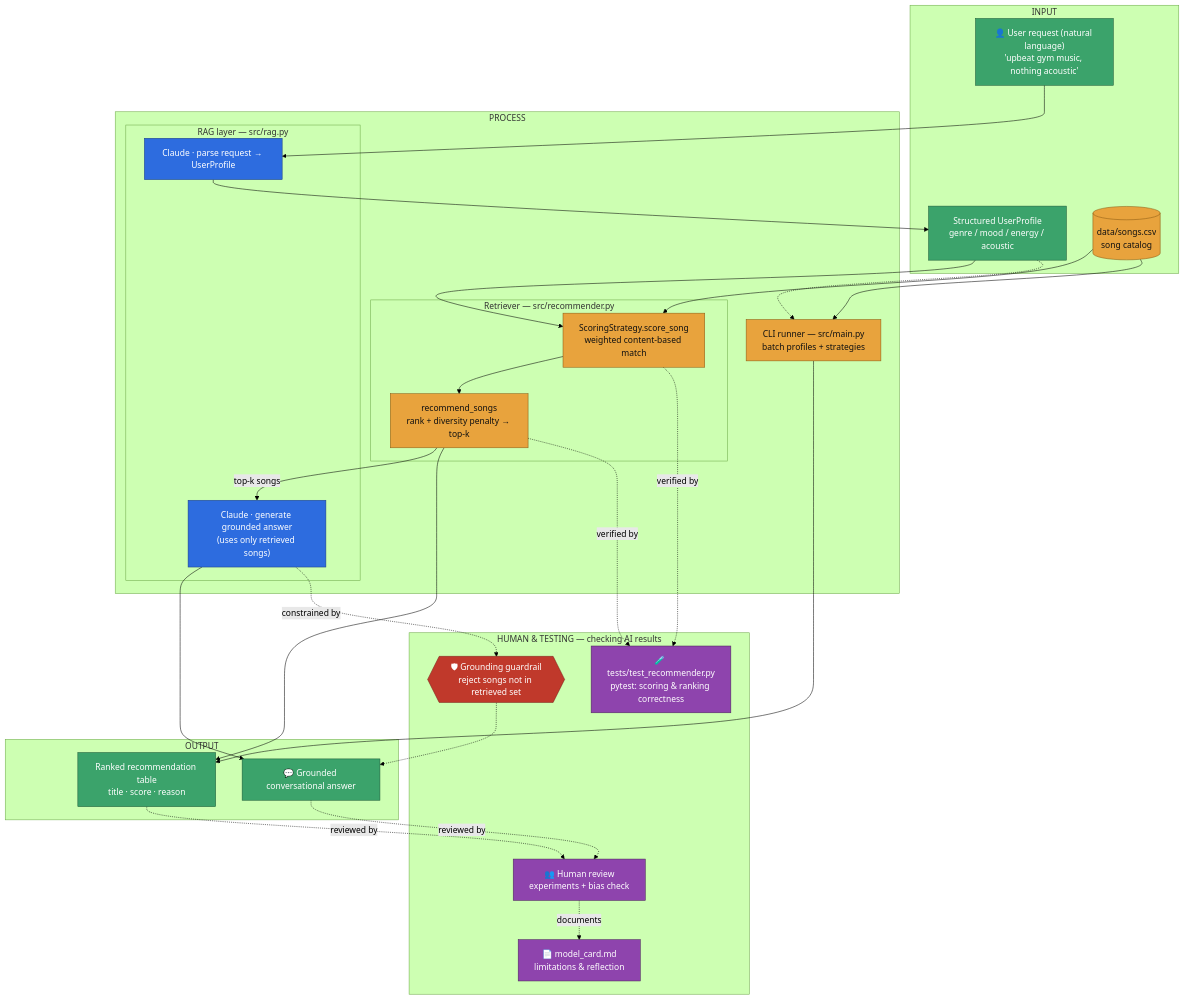
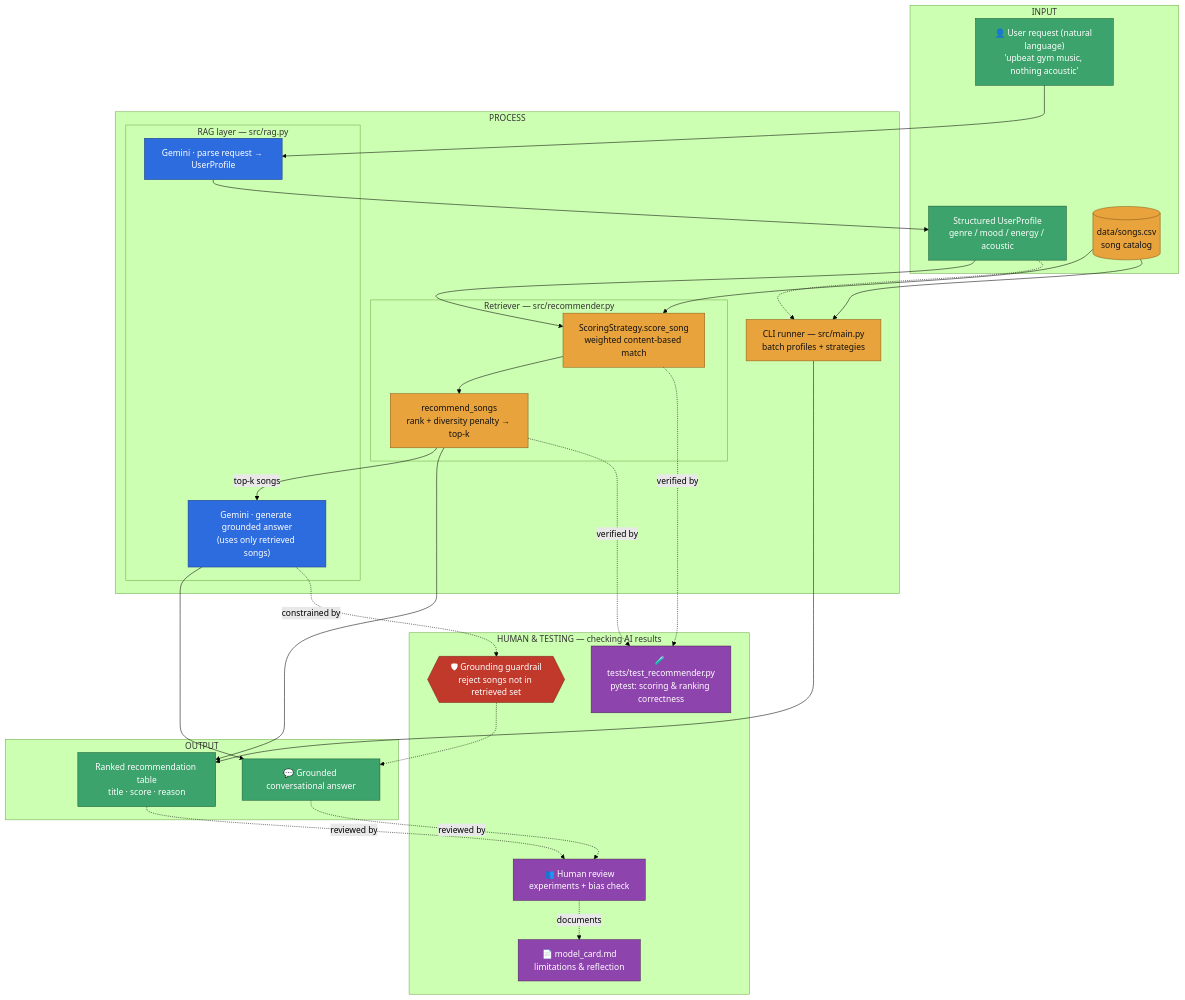
Before and after one commit to EthanRamdass/applied-ai-musicrec: the diagram in assets/mermaid.mmd, drawn with Mermaid (forest theme). The commit also changed 9 other files, not shown here.

First line of the commit message:
@ Switch RAG layer from Claude to Google Gemini

```diff
--- a/assets/mermaid.mmd
+++ b/assets/mermaid.mmd
@@ -1,75 +1,75 @@
 %% Music Recommender — System Architecture
 %% How the project is organized: components, data flow (input -> process -> output),
 %% and where humans / testing check the AI results.
 %% Render at https://mermaid.live or: mmdc -i system_architecture.mmd -o system_architecture.svg
 flowchart TD
 
     %% ---------------- INPUT ----------------
     subgraph Input["INPUT"]
         NLReq["👤 User request (natural language)<br/>'upbeat gym music, nothing acoustic'"]
         Profile["Structured UserProfile<br/>genre / mood / energy / acoustic"]
         CSV[("data/songs.csv<br/>song catalog")]
     end
 
     %% ---------------- PROCESS ----------------
     subgraph Process["PROCESS"]
         subgraph RAG["RAG layer — src/rag.py"]
-            Parse["Claude · parse request → UserProfile"]
-            Generate["Claude · generate grounded answer<br/>(uses only retrieved songs)"]
+            Parse["Gemini · parse request → UserProfile"]
+            Generate["Gemini · generate grounded answer<br/>(uses only retrieved songs)"]
         end
         subgraph Rec["Retriever — src/recommender.py"]
             Score["ScoringStrategy.score_song<br/>weighted content-based match"]
             Rank["recommend_songs<br/>rank + diversity penalty → top-k"]
             Score --> Rank
         end
         CLI["CLI runner — src/main.py<br/>batch profiles + strategies"]
     end
 
     %% ---------------- OUTPUT ----------------
     subgraph Output["OUTPUT"]
         Table["Ranked recommendation table<br/>title · score · reason"]
         Answer["💬 Grounded conversational answer"]
     end
 
     %% ---------------- HUMAN / TESTING ----------------
     subgraph Check["HUMAN & TESTING — checking AI results"]
         Pytest["🧪 tests/test_recommender.py<br/>pytest: scoring & ranking correctness"]
         Guard{{"🛡 Grounding guardrail<br/>reject songs not in retrieved set"}}
         Human["👥 Human review<br/>experiments + bias check"]
         Card["📄 model_card.md<br/>limitations & reflection"]
     end
 
     %% ---------------- DATA FLOW ----------------
     NLReq --> Parse
     Parse --> Profile
     Profile --> Score
     CSV --> Score
     Rank -->|top-k songs| Generate
     Rank --> Table
     Generate --> Answer
 
     Profile -.-> CLI
     CLI --> Table
     CSV --> CLI
 
     %% ---------------- CHECK LINKS ----------------
     Score -. verified by .-> Pytest
     Rank -. verified by .-> Pytest
     Generate -. constrained by .-> Guard
     Guard -.-> Answer
     Table -. reviewed by .-> Human
     Answer -. reviewed by .-> Human
     Human -. documents .-> Card
 
     %% ---------------- STYLES ----------------
     classDef io fill:#3ba36b,stroke:#1c5a38,color:#fff;
     classDef data fill:#e8a33d,stroke:#8a5a12,color:#111;
     classDef llm fill:#2d6cdf,stroke:#1b3f85,color:#fff;
     classDef check fill:#8e44ad,stroke:#4a235a,color:#fff;
     classDef guard fill:#c0392b,stroke:#7b241c,color:#fff;
 
     class NLReq,Profile,Table,Answer io;
     class CSV,Score,Rank,CLI data;
     class Parse,Generate llm;
     class Pytest,Human,Card check;
     class Guard guard;
```
